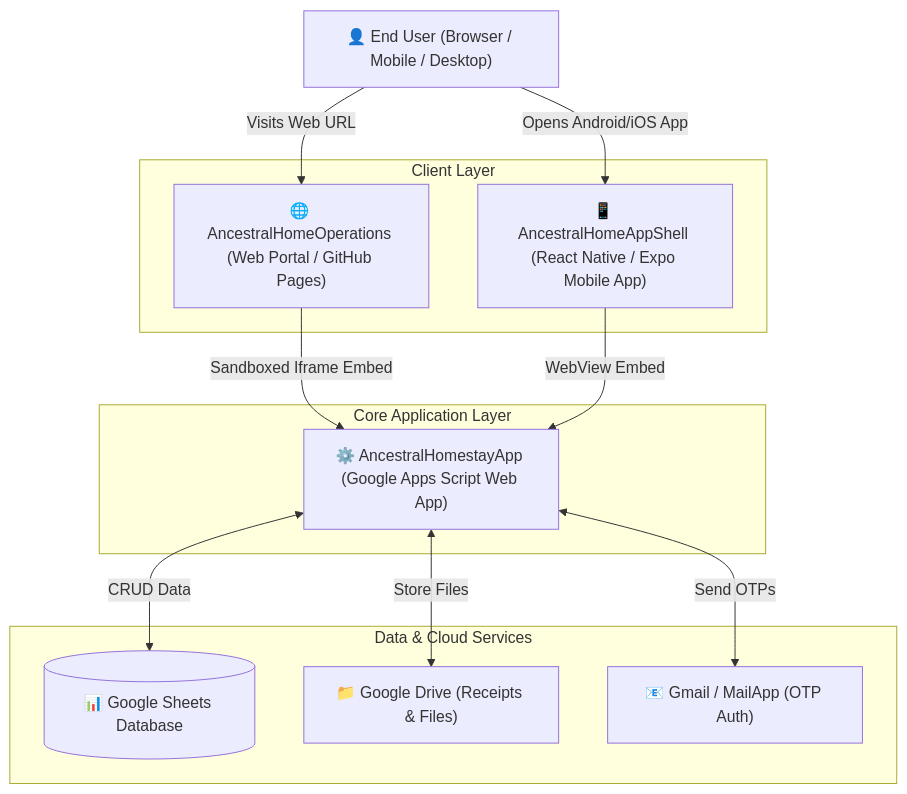
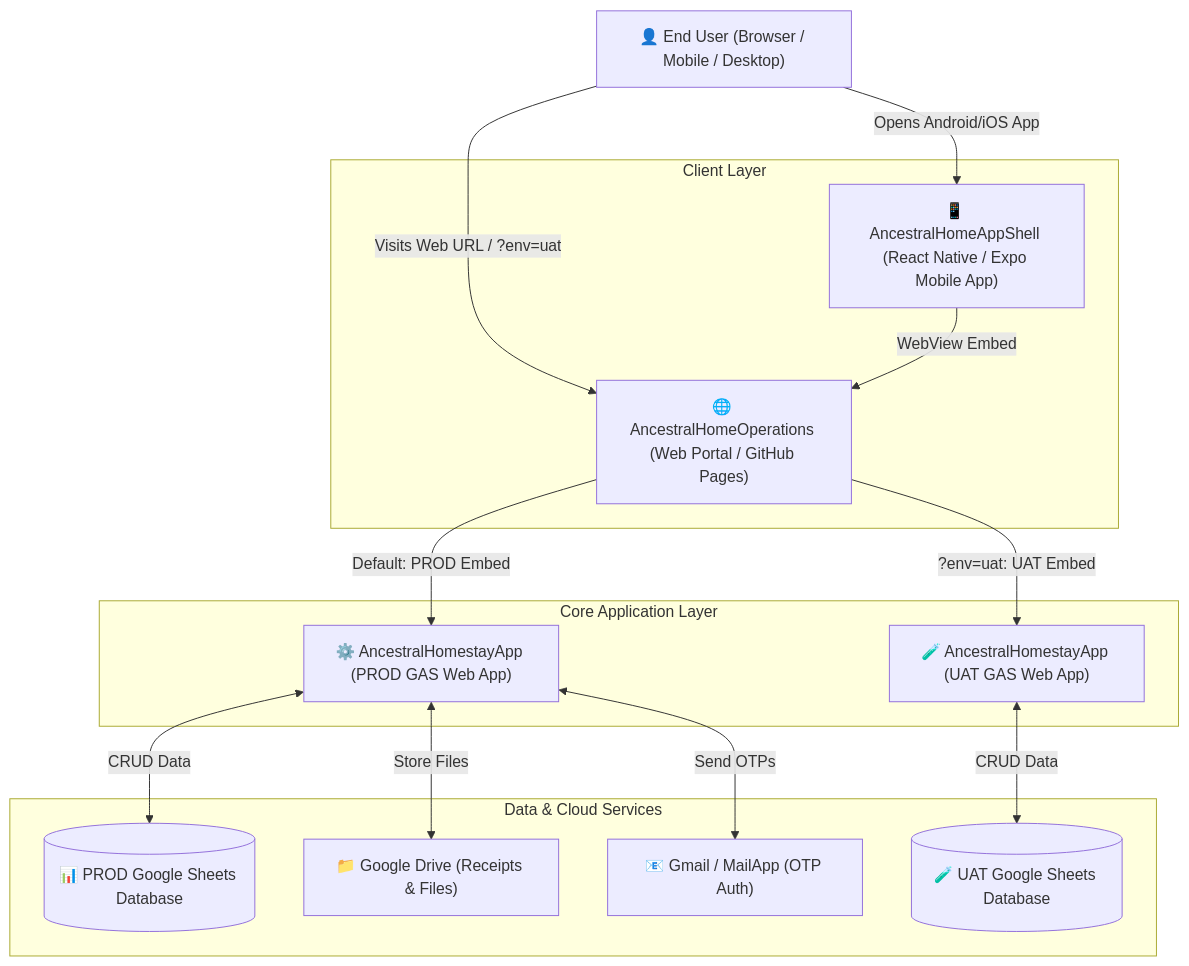
Before and after one commit to theancestralhomestay/AncestralHomeOperations: the first of 2 diagrams in KNOWLEDGE_BASE.md, drawn with Mermaid. The commit also changed other lines of this file and 1 other file, not shown here.

Commit message:
feat: add dynamic UAT environment support via ?env=uat and update knowledge base

````diff
--- a/KNOWLEDGE_BASE.md
+++ b/KNOWLEDGE_BASE.md
@@ -17,27 +19,31 @@
 ```mermaid
 graph TD
     User["👤 End User (Browser / Mobile / Desktop)"]
     
     subgraph Client Layer
         WebPortal["🌐 AncestralHomeOperations (Web Portal / GitHub Pages)"]
         AppShell["📱 AncestralHomeAppShell (React Native / Expo Mobile App)"]
     end
     
     subgraph Core Application Layer
-        GASApp["⚙️ AncestralHomestayApp (Google Apps Script Web App)"]
+        GASProd["⚙️ AncestralHomestayApp (PROD GAS Web App)"]
+        GASUat["🧪 AncestralHomestayApp (UAT GAS Web App)"]
     end
     
     subgraph Data & Cloud Services
-        GSheets[("📊 Google Sheets Database")]
+        GSheetsProd[("📊 PROD Google Sheets Database")]
+        GSheetsUat[("🧪 UAT Google Sheets Database")]
         GDrive["📁 Google Drive (Receipts & Files)"]
         Gmail["📧 Gmail / MailApp (OTP Auth)"]
     end
 
-    User -->|Visits Web URL| WebPortal
+    User -->|Visits Web URL / ?env=uat| WebPortal
     User -->|Opens Android/iOS App| AppShell
-    WebPortal -->|Sandboxed Iframe Embed| GASApp
-    AppShell -->|WebView Embed| GASApp
-    GASApp <-->|CRUD Data| GSheets
-    GASApp <-->|Store Files| GDrive
-    GASApp <-->|Send OTPs| Gmail
+    WebPortal -->|Default: PROD Embed| GASProd
+    WebPortal -->|?env=uat: UAT Embed| GASUat
+    AppShell -->|WebView Embed| WebPortal
+    GASProd <-->|CRUD Data| GSheetsProd
+    GASUat <-->|CRUD Data| GSheetsUat
+    GASProd <-->|Store Files| GDrive
+    GASProd <-->|Send OTPs| Gmail
 ```
````
